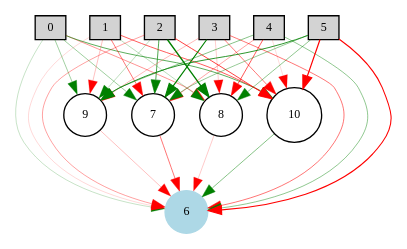
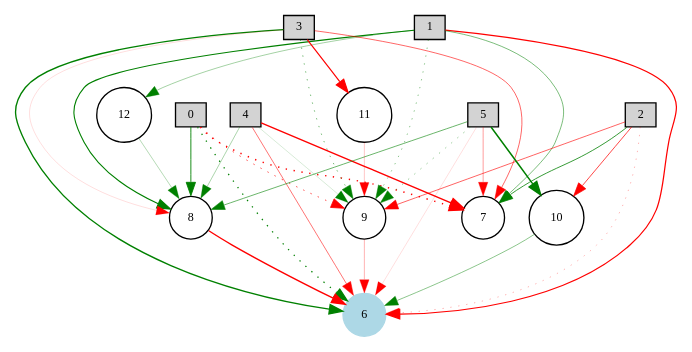
One commit to arkadyark/PongAI changed the diagram in 2015-2016/nn_winner.gv. Above: the diagram before and after it, drawn with Graphviz. The commit also changed 55 other files, not shown here.

```diff
--- a/2015-2016/nn_winner.gv
+++ b/2015-2016/nn_winner.gv
@@ -1,44 +1,42 @@
 digraph {
 	node [fontsize=9 height=0.2 shape=circle width=0.2]
 		0 [shape=box style=filled]
 		1 [shape=box style=filled]
 		2 [shape=box style=filled]
 		3 [shape=box style=filled]
 		4 [shape=box style=filled]
 		5 [shape=box style=filled]
 		6 [color=lightblue style=filled]
-			5 -> 9 [color=green penwidth=0.618295896355 style=solid]
-			4 -> 7 [color=red penwidth=0.273923793434 style=solid]
-			4 -> 8 [color=red penwidth=0.495030948136 style=solid]
-			5 -> 6 [color=red penwidth=0.805339347983 style=solid]
-			2 -> 8 [color=green penwidth=1.00644098346 style=solid]
-			10 -> 6 [color=green penwidth=0.356764749753 style=solid]
-			0 -> 7 [color=green penwidth=0.294718291303 style=solid]
-			1 -> 6 [color=red penwidth=0.122196708895 style=solid]
-			0 -> 10 [color=green penwidth=0.477217078647 style=solid]
-			3 -> 7 [color=green penwidth=0.85755271645 style=solid]
-			5 -> 8 [color=green penwidth=0.330034912408 style=solid]
-			4 -> 9 [color=green penwidth=0.362435996439 style=solid]
-			2 -> 9 [color=green penwidth=0.198836919568 style=solid]
-			3 -> 10 [color=red penwidth=0.402653170541 style=solid]
-			3 -> 6 [color=red penwidth=0.409787935481 style=solid]
-			1 -> 10 [color=red penwidth=0.475975104864 style=solid]
-			8 -> 6 [color=red penwidth=0.159471853248 style=solid]
-			4 -> 10 [color=red penwidth=0.106780931244 style=solid]
-			2 -> 6 [color=red penwidth=0.282561460314 style=solid]
-			2 -> 10 [color=red penwidth=0.558614174161 style=solid]
-			3 -> 9 [color=red penwidth=0.209319063626 style=solid]
-			1 -> 9 [color=red penwidth=0.189324151144 style=solid]
-			0 -> 8 [color=red penwidth=0.322950192037 style=solid]
-			9 -> 6 [color=red penwidth=0.186015834863 style=solid]
-			2 -> 7 [color=green penwidth=0.520215501497 style=solid]
-			5 -> 10 [color=red penwidth=0.897333691098 style=solid]
-			4 -> 6 [color=green penwidth=0.32907656643 style=solid]
-			5 -> 7 [color=green penwidth=0.307020186645 style=solid]
-			3 -> 8 [color=red penwidth=0.150916897958 style=solid]
-			0 -> 6 [color=green penwidth=0.173954087369 style=solid]
-			1 -> 8 [color=green penwidth=0.204281518528 style=solid]
-			1 -> 7 [color=red penwidth=0.397107844765 style=solid]
-			0 -> 9 [color=green penwidth=0.279466147875 style=solid]
-			7 -> 6 [color=red penwidth=0.412032647286 style=solid]
+			5 -> 9 [color=green penwidth=0.344780739807 style=dotted]
+			4 -> 7 [color=red penwidth=1.05332802698 style=solid]
+			4 -> 8 [color=green penwidth=0.250861538244 style=solid]
+			5 -> 6 [color=red penwidth=0.102260877668 style=solid]
+			10 -> 6 [color=green penwidth=0.344086376822 style=solid]
+			3 -> 11 [color=red penwidth=0.873056754317 style=solid]
+			0 -> 7 [color=red penwidth=1.1 style=dotted]
+			1 -> 6 [color=red penwidth=0.920977682686 style=solid]
+			3 -> 7 [color=red penwidth=0.452952467909 style=solid]
+			5 -> 8 [color=green penwidth=0.438267523654 style=solid]
+			4 -> 9 [color=green penwidth=0.115423882877 style=solid]
+			2 -> 9 [color=red penwidth=0.459237041647 style=solid]
+			3 -> 6 [color=green penwidth=1.01471841512 style=solid]
+			8 -> 6 [color=red penwidth=1.04926084947 style=solid]
+			2 -> 6 [color=red penwidth=0.232820350119 style=dotted]
+			11 -> 9 [color=red penwidth=0.165003001039 style=solid]
+			2 -> 10 [color=red penwidth=0.538969277876 style=solid]
+			3 -> 9 [color=green penwidth=0.415978053773 style=dotted]
+			1 -> 9 [color=green penwidth=0.353262552497 style=dotted]
+			0 -> 8 [color=green penwidth=0.675013541927 style=solid]
+			9 -> 6 [color=red penwidth=0.234851502905 style=solid]
+			2 -> 7 [color=green penwidth=0.591565009035 style=solid]
+			5 -> 10 [color=green penwidth=1.1 style=solid]
+			4 -> 6 [color=red penwidth=0.414949001389 style=solid]
+			1 -> 12 [color=green penwidth=0.270460170766 style=solid]
+			5 -> 7 [color=red penwidth=0.294969932647 style=solid]
+			3 -> 8 [color=red penwidth=0.104028110346 style=solid]
+			0 -> 6 [color=green penwidth=0.957167855612 style=dotted]
+			1 -> 8 [color=green penwidth=0.820212865783 style=solid]
+			1 -> 7 [color=green penwidth=0.390641375753 style=solid]
+			0 -> 9 [color=red penwidth=0.577391684383 style=dotted]
+			12 -> 8 [color=green penwidth=0.220915704213 style=solid]
 }
```
